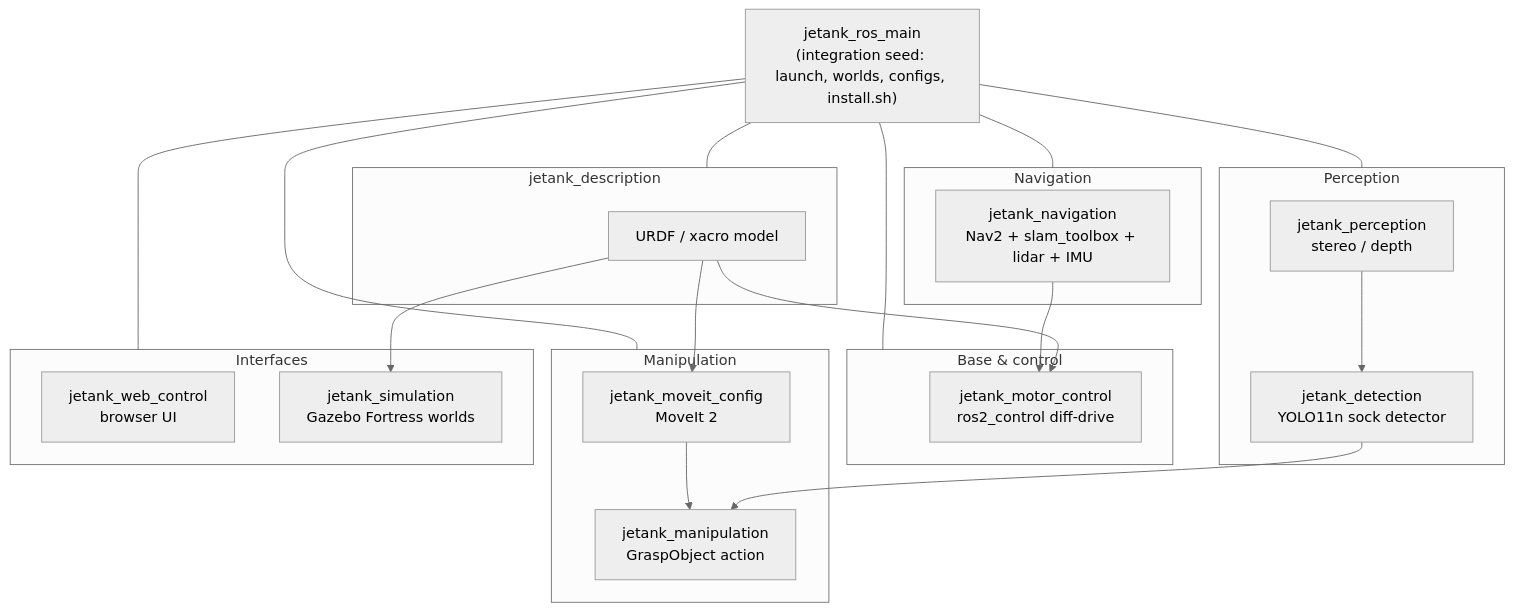
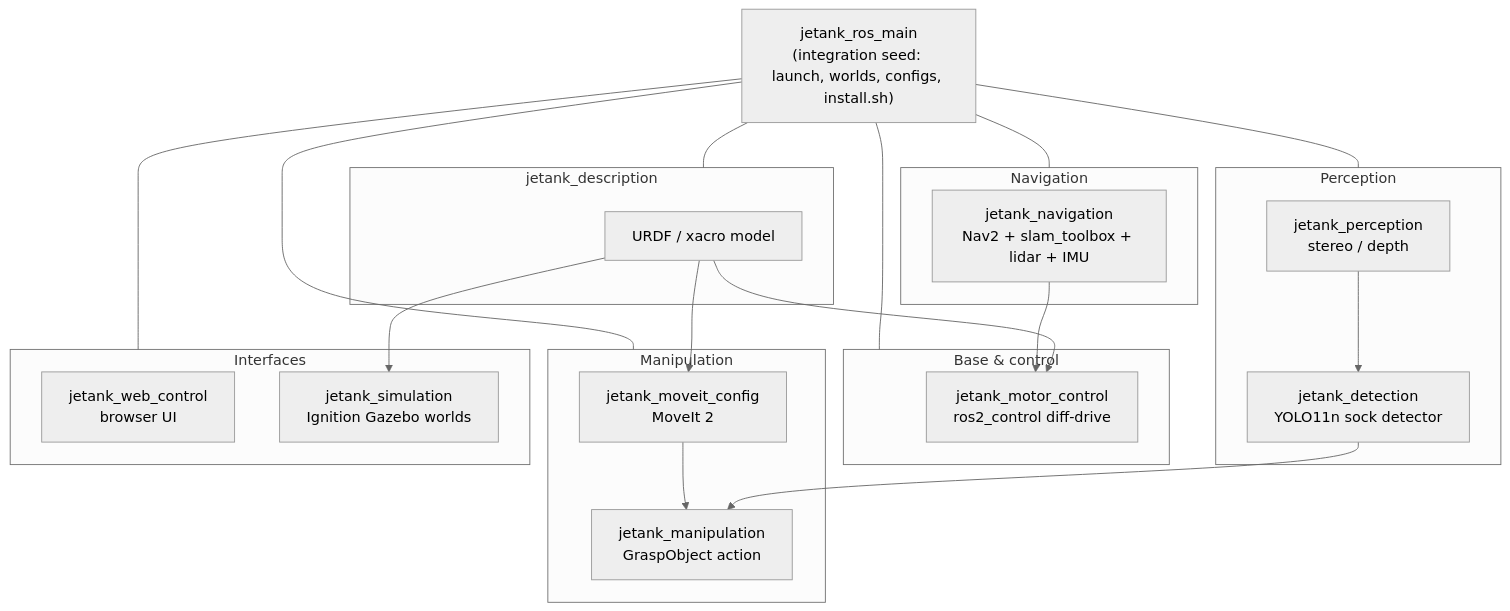
One commit to kvgork/jetank_ros_main changed the diagram in README.md. Above: the diagram before and after it, drawn with Mermaid (neutral theme). The commit also changed other lines of this file, not shown here.

First line of the commit message:
docs: correct Gazebo naming to Ignition Gazebo Fortress

````diff
--- a/README.md
+++ b/README.md
@@ -55,37 +55,37 @@
 ```mermaid
 flowchart TB
     subgraph desc["jetank_description"]
         URDF["URDF / xacro model"]
     end
 
     subgraph base["Base & control"]
         MOTOR["jetank_motor_control<br/>ros2_control diff-drive"]
     end
 
     subgraph sense["Perception"]
         PERC["jetank_perception<br/>stereo / depth"]
         DET["jetank_detection<br/>YOLO11n sock detector"]
     end
 
     subgraph nav["Navigation"]
         NAV["jetank_navigation<br/>Nav2 + slam_toolbox + lidar + IMU"]
     end
 
     subgraph arm["Manipulation"]
         MOVEIT["jetank_moveit_config<br/>MoveIt 2"]
         GRASP["jetank_manipulation<br/>GraspObject action"]
     end
 
     subgraph io["Interfaces"]
         WEB["jetank_web_control<br/>browser UI"]
-        SIM["jetank_simulation<br/>Gazebo Fortress worlds"]
+        SIM["jetank_simulation<br/>Ignition Gazebo worlds"]
     end
 
     MAIN["jetank_ros_main<br/>(integration seed: launch, worlds, configs, install.sh)"]
 
     MAIN --- desc & base & sense & nav & arm & io
     URDF --> MOTOR & MOVEIT & SIM
     PERC --> DET --> GRASP
     NAV --> MOTOR
     MOVEIT --> GRASP
 ```
````
